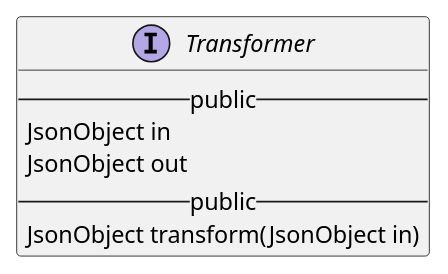
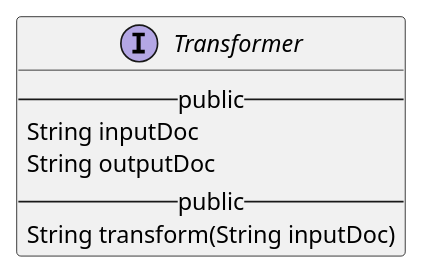
Before and after one commit to datakaveri/iudx-adaptor-framework: the diagram in docs/diagrams/TransformInterface.puml, drawn with PlantUML. The commit also changed 12 other files, not shown here.

```diff
--- a/docs/diagrams/TransformInterface.puml
+++ b/docs/diagrams/TransformInterface.puml
@@ -1,9 +1,9 @@
 @startuml
 Interface Transformer   {
   -- public --
-  JsonObject in
-  JsonObject out
+  String inputDoc
+  String outputDoc
   -- public --
-  JsonObject transform(JsonObject in)
+  String transform(String inputDoc)
 }
 @enduml
```
